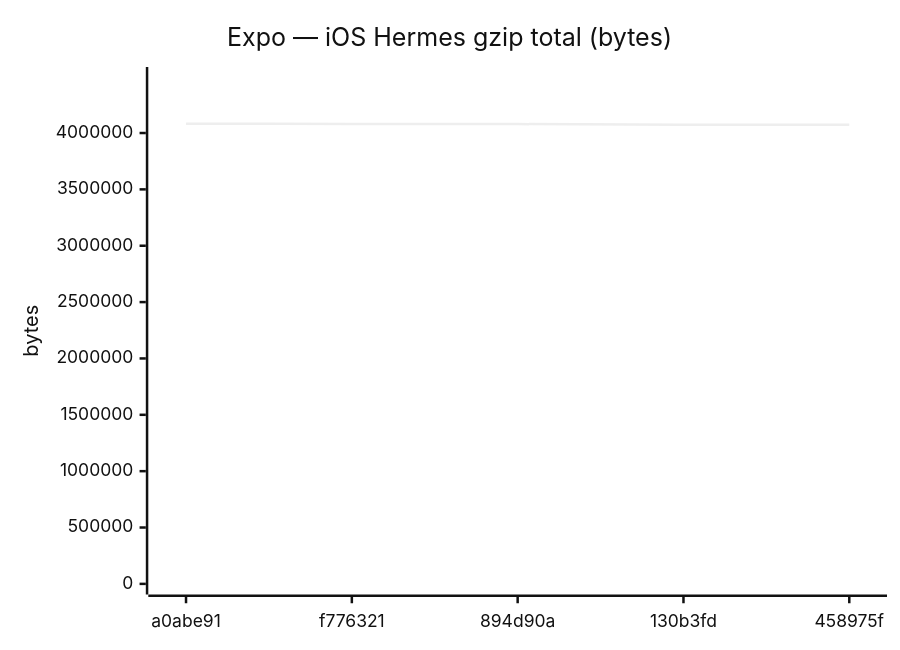
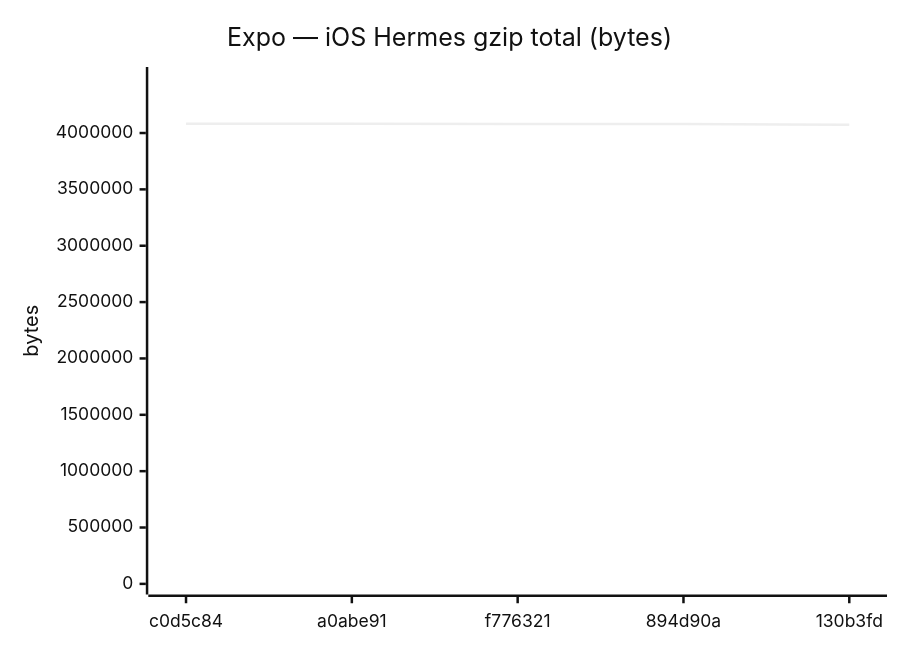
One commit to Metaheurist/Rianell changed diagram 12 of 18 in benchmarks/compare.md. Above: the diagram before and after it, drawn with Mermaid (neutral theme). The commit also changed other lines of this file and 11 other files, not shown here.

````diff
--- a/benchmarks/compare.md
+++ b/benchmarks/compare.md
@@ -179,7 +179,7 @@
 ```mermaid
 xychart-beta
     title "Expo — iOS Hermes gzip total (bytes)"
-    x-axis ["a0abe91", "f776321", "894d90a", "130b3fd", "458975f"]
+    x-axis ["c0d5c84", "a0abe91", "f776321", "894d90a", "130b3fd"]
     y-axis "bytes" 0 --> 4491418
-    line [4083107, 4079675, 4079243, 4074172, 4073443]
+    line [4083106, 4083107, 4079675, 4079243, 4074172]
 ```
````
